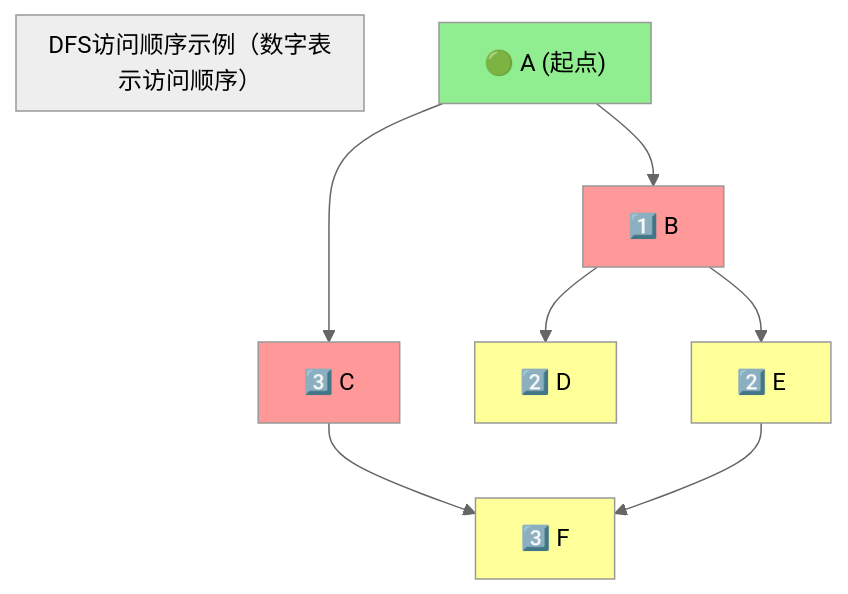
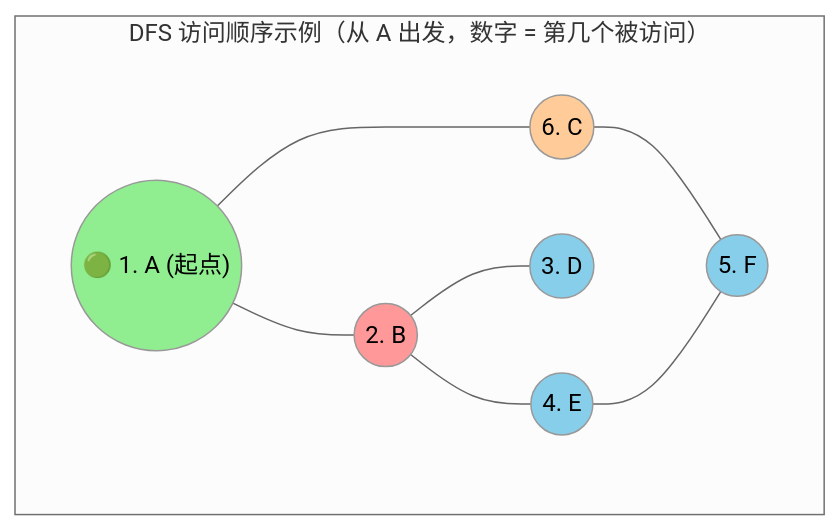
The third of 4 diagrams in content/Python/basic/Chapter-29-Algorithm.md (before80/prgms), drawn with Mermaid (neutral theme) before and after one commit. The commit also changed other lines of this file and 1645 other files, not shown here.

````diff
--- a/content/Python/basic/Chapter-29-Algorithm.md
+++ b/content/Python/basic/Chapter-29-Algorithm.md
@@ -1098,17 +1105,17 @@
 ```mermaid
 graph TD
-    A["🟢 A (起点)"] --> B["1️⃣ B"]
-    A --> C["3️⃣ C"]
-    B --> D["2️⃣ D"]
-    B --> E["2️⃣ E"]
-    C --> F["3️⃣ F"]
-    E --> F
-    style A fill:#90EE90
-    style B fill:#ff9999
-    style C fill:#ff9999
-    style D fill:#ffff99
-    style E fill:#ffff99
-    style F fill:#ffff99
-    subgraph "DFS访问顺序示例（数字表示访问顺序）"
+    subgraph DFS示例["DFS 访问顺序示例（从 A 出发，数字 = 第几个被访问）"]
+        A(("🟢 1. A (起点)")) --- B(("2. B"))
+        A --- C(("6. C"))
+        B --- D(("3. D"))
+        B --- E(("4. E"))
+        C --- F(("5. F"))
+        E --- F
+        style A fill:#90EE90
+        style B fill:#ff9999
+        style C fill:#ffcc99
+        style D fill:#87CEEB
+        style E fill:#87CEEB
+        style F fill:#87CEEB
     end
 ```
````
